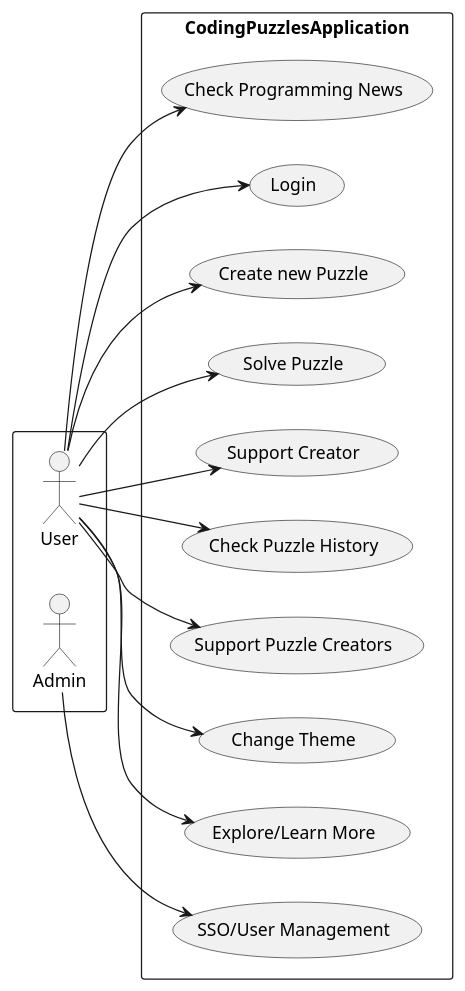
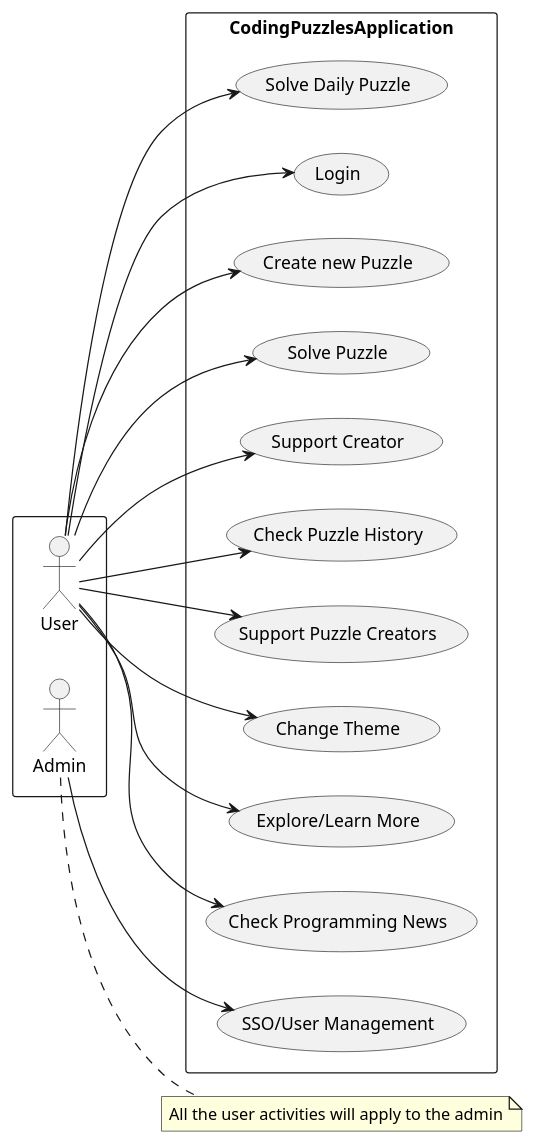
One commit to duartecaldascardoso/Coding.com changed the diagram in SpringBootApplication/codingpuzzles-backend/SoftwareDesign/UseCaseDiagram.puml. Above: the diagram before and after it, drawn with PlantUML.

Commit message:
Improving the use case diagram

```diff
--- a/SpringBootApplication/codingpuzzles-backend/SoftwareDesign/UseCaseDiagram.puml
+++ b/SpringBootApplication/codingpuzzles-backend/SoftwareDesign/UseCaseDiagram.puml
@@ -1,30 +1,36 @@
 @startuml
 'https://plantuml.com/use-case-diagram
 left to right direction
 rectangle {
     :User: as U
     :Admin: as Admin
 }
+note right
+All the user activities will apply to the admin
+end note
 rectangle CodingPuzzlesApplication{
     (Login) as L
     (Create new Puzzle) as CP
     (Solve Puzzle) as SP
     (Support Creator) as SC
     (Check Puzzle History) as CPH
     (Support Puzzle Creators) as SPC
     (Change Theme) as CT
     (Explore/Learn More) as ELM
     (SSO/User Management) as UM
     (Check Programming News) as PN
+    (Solve Daily Puzzle) as SDP
 }
+
 U --> L
 U --> CP
 U --> SP
 U --> SC
 U --> CPH
 U --> SPC
 U --> CT
 U --> ELM
 U --> PN
+U--> SDP
 Admin --> UM
 @enduml
```
